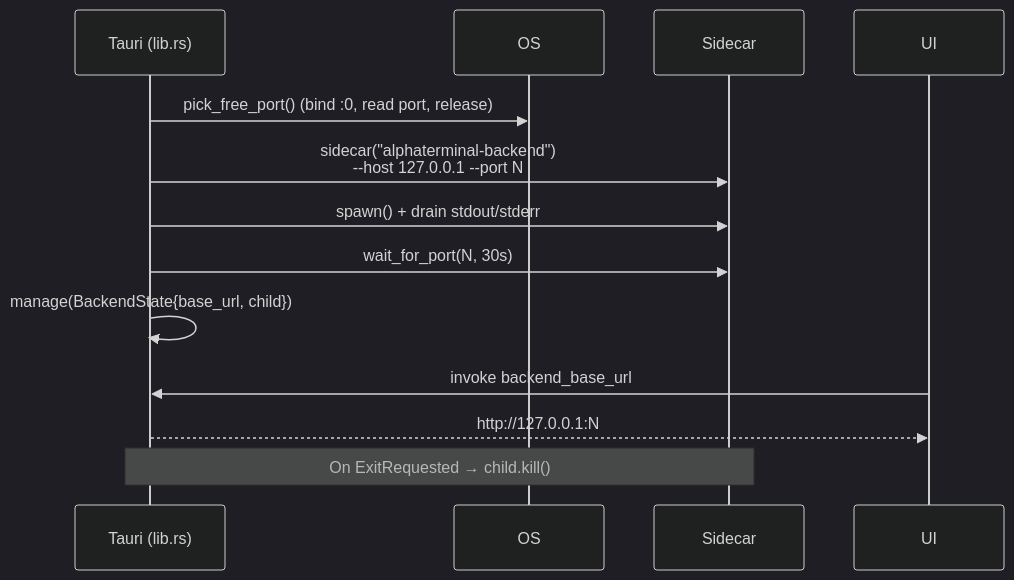
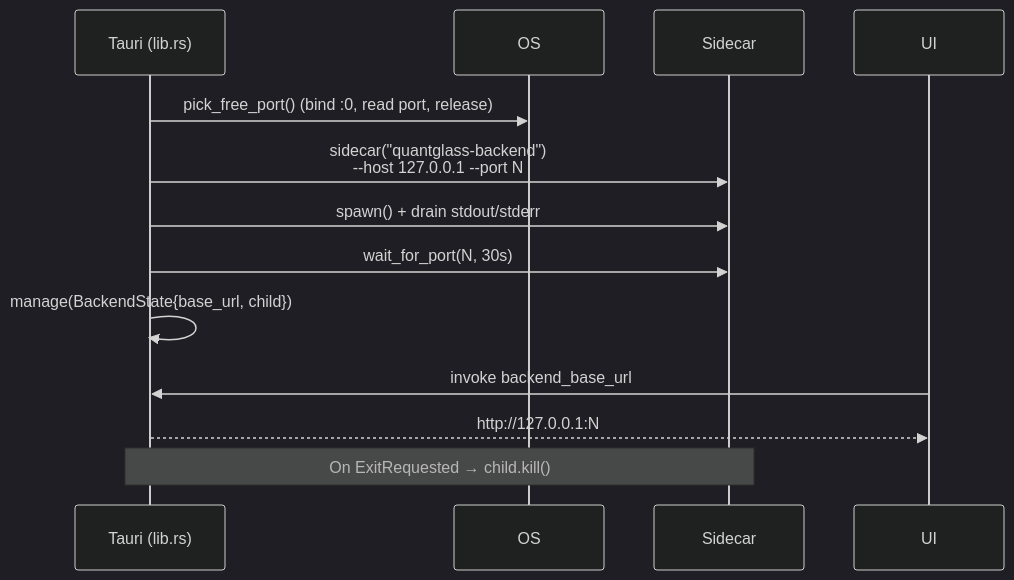
One commit to quantglass-labs/quantglass changed the second of 2 diagrams in docs/technical/08-packaging.md. Above: the diagram before and after it, drawn with Mermaid (dark theme). The commit also changed other lines of this file and 126 other files, not shown here.

````diff
--- a/docs/technical/08-packaging.md
+++ b/docs/technical/08-packaging.md
@@ -53,16 +53,16 @@
 ```mermaid
 sequenceDiagram
     participant Shell as Tauri (lib.rs)
     participant OS
     participant Sidecar
     participant UI
 
     Shell->>OS: pick_free_port() (bind :0, read port, release)
-    Shell->>Sidecar: sidecar("alphaterminal-backend")<br/>--host 127.0.0.1 --port N
+    Shell->>Sidecar: sidecar("quantglass-backend")<br/>--host 127.0.0.1 --port N
     Shell->>Sidecar: spawn() + drain stdout/stderr
     Shell->>Sidecar: wait_for_port(N, 30s)
     Shell->>Shell: manage(BackendState{base_url, child})
     UI->>Shell: invoke backend_base_url
     Shell-->>UI: http://127.0.0.1:N
     Note over Shell,Sidecar: On ExitRequested → child.kill()
 ```
````
